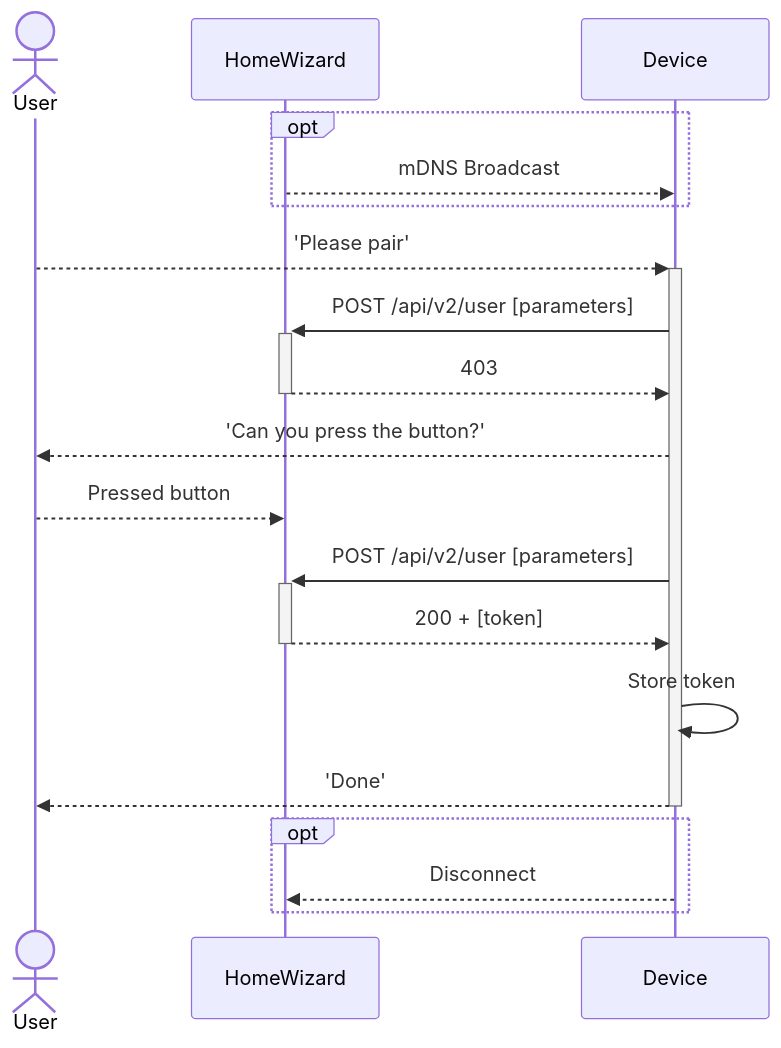
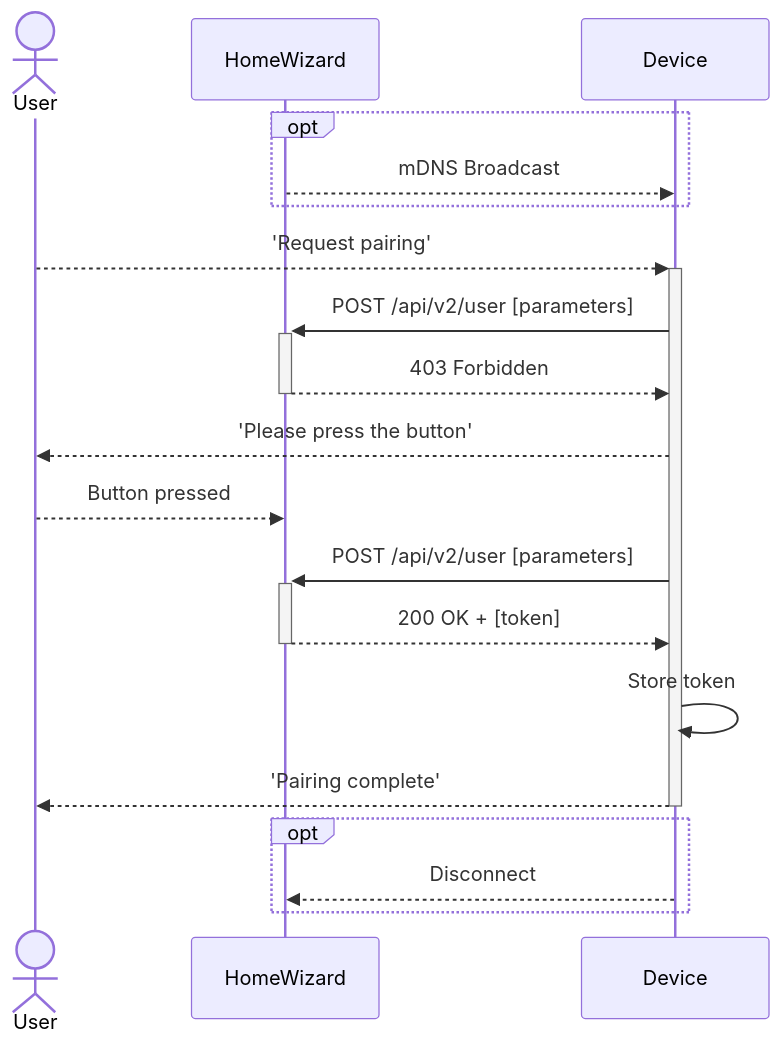
One commit to homewizard/api-documentation changed the diagram in docs/V2/authentication.mdx. Above: the diagram before and after it, drawn with Mermaid. The commit also changed other lines of this file, not shown here.

````diff
--- a/docs/V2/authentication.mdx
+++ b/docs/V2/authentication.mdx
@@ -35,19 +37,19 @@
 ```mermaid
 sequenceDiagram
     Actor User
     opt
     HomeWizard-->>Device: mDNS Broadcast
     end
-    User-->>+Device: 'Please pair'
+    User-->>+Device: 'Request pairing'
     Device->>+HomeWizard: POST /api/v2/user [parameters]
-    HomeWizard-->>-Device: 403
-    Device-->>User: 'Can you press the button?'
-    User-->>HomeWizard: Pressed button
+    HomeWizard-->>-Device: 403 Forbidden
+    Device-->>User: 'Please press the button'
+    User-->>HomeWizard: Button pressed
     Device->>+HomeWizard: POST /api/v2/user [parameters]
-    HomeWizard-->>-Device: 200 + [token]
+    HomeWizard-->>-Device: 200 OK + [token]
     Device->>Device: Store token
-    Device-->>-User: 'Done'
+    Device-->>-User: 'Pairing complete'
     opt
         Device-->>HomeWizard: Disconnect
     end
 ```
````
